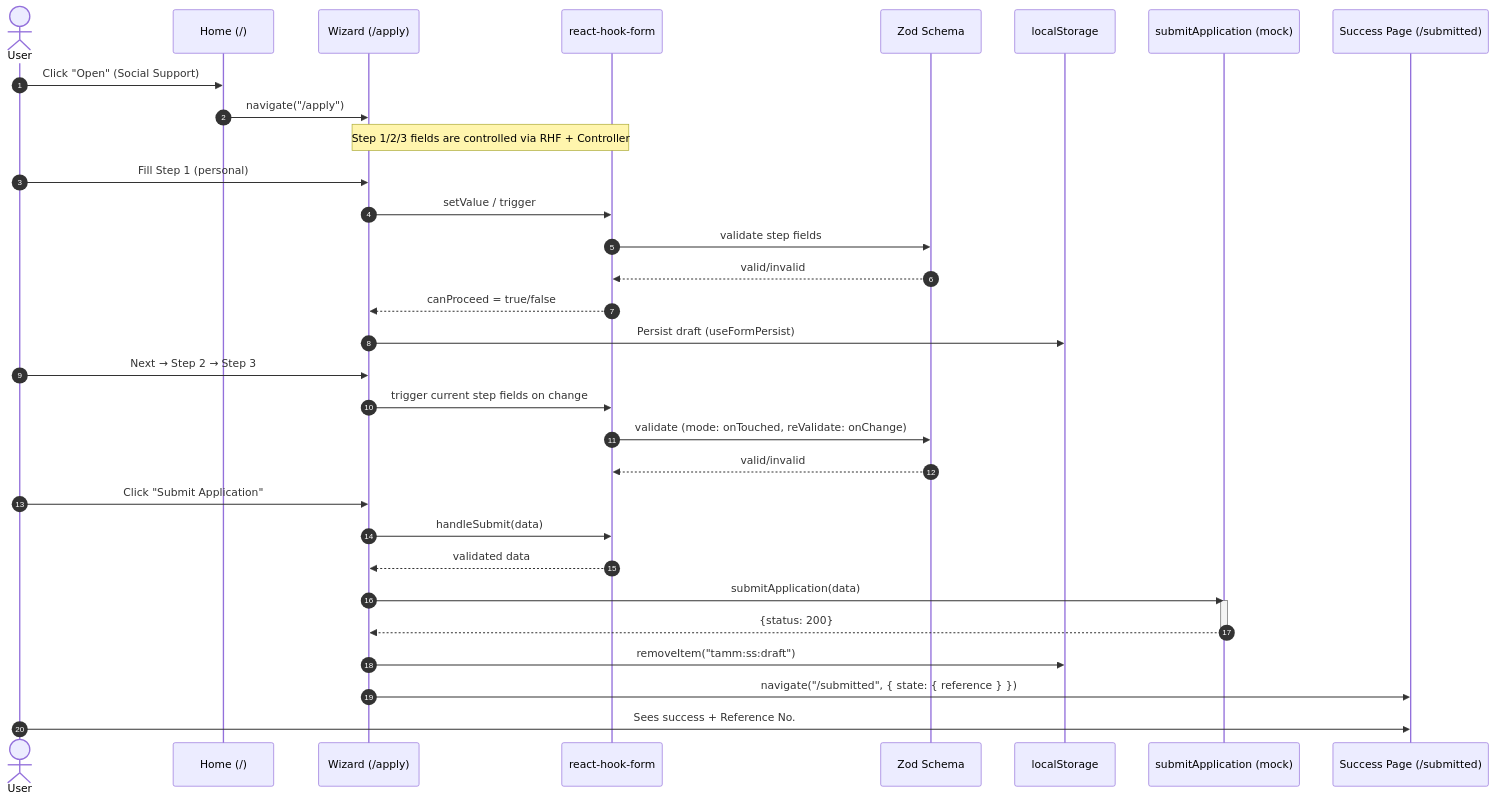
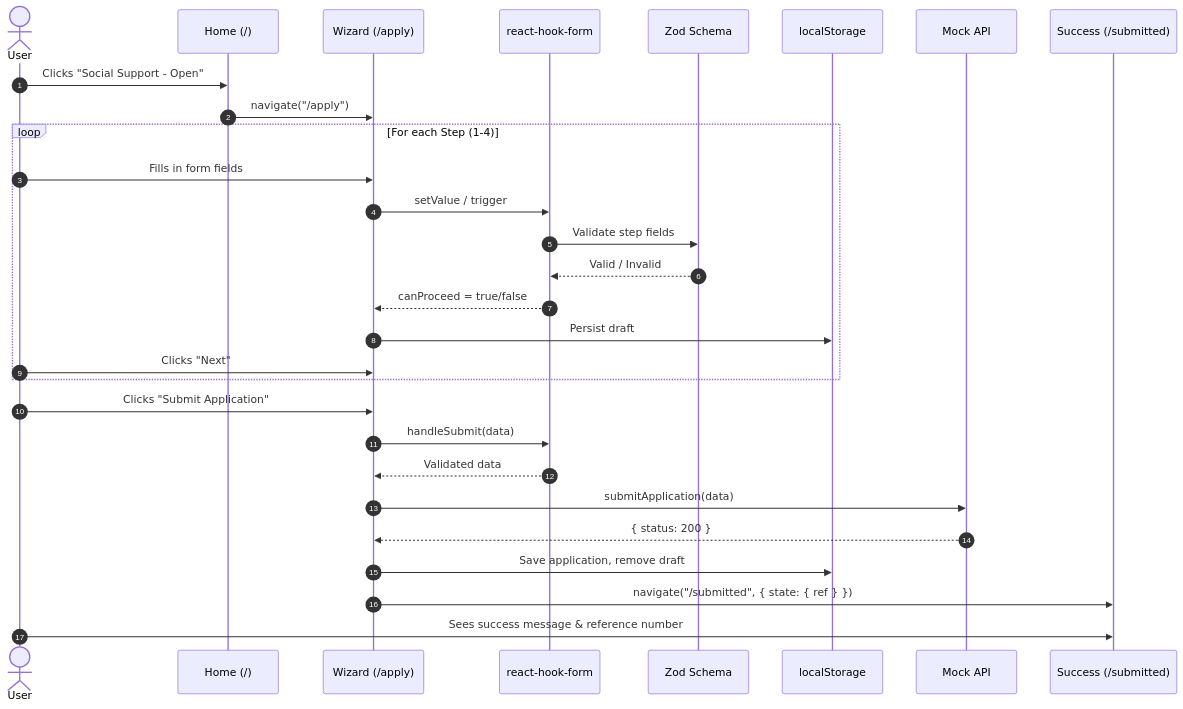
The diagram in Architecture.md (mdshabiralam8777/tamm-social-support), drawn with Mermaid before and after one commit. The commit also changed other lines of this file and 3 other files, not shown here.

````diff
--- a/Architecture.md
+++ b/Architecture.md
@@ -263,41 +219,34 @@
 ```mermaid
 sequenceDiagram
   autonumber
   actor U as User
   participant H as Home (/)
   participant W as Wizard (/apply)
   participant RHF as react-hook-form
   participant Z as Zod Schema
   participant LS as localStorage
-  participant API as submitApplication (mock)
-  participant S as Success Page (/submitted)
+  participant API as Mock API
+  participant S as Success (/submitted)
 
-  U->>H: Click "Open" (Social Support)
+  U->>H: Clicks "Social Support - Open"
   H->>W: navigate("/apply")
 
-  Note over W,RHF: Step 1/2/3 fields are controlled via RHF + Controller
+  loop For each Step (1-4)
+    U->>W: Fills in form fields
+    W->>RHF: setValue / trigger
+    RHF->>Z: Validate step fields
+    Z-->>RHF: Valid / Invalid
+    RHF-->>W: canProceed = true/false
+    W->>LS: Persist draft
+    U->>W: Clicks "Next"
+  end
 
-  U->>W: Fill Step 1 (personal)
-  W->>RHF: setValue / trigger
-  RHF->>Z: validate step fields
-  Z-->>RHF: valid/invalid
-  RHF-->>W: canProceed = true/false
-  W->>LS: Persist draft (useFormPersist)
-
-  U->>W: Next → Step 2 → Step 3
-  W->>RHF: trigger current step fields on change
-  RHF->>Z: validate (mode: onTouched, reValidate: onChange)
-  Z-->>RHF: valid/invalid
-
-  U->>W: Click "Submit Application"
+  U->>W: Clicks "Submit Application"
   W->>RHF: handleSubmit(data)
-  RHF-->>W: validated data
+  RHF-->>W: Validated data
   W->>API: submitApplication(data)
-  activate API
-  API-->>W: {status: 200}
-  deactivate API
-
-  W->>LS: removeItem("tamm:ss:draft")
-  W->>S: navigate("/submitted", { state: { reference } })
-  U->>S: Sees success + Reference No.
+  API-->>W: { status: 200 }
+  W->>LS: Save application, remove draft
+  W->>S: navigate("/submitted", { state: { ref } })
+  U->>S: Sees success message & reference number
 ```
````
